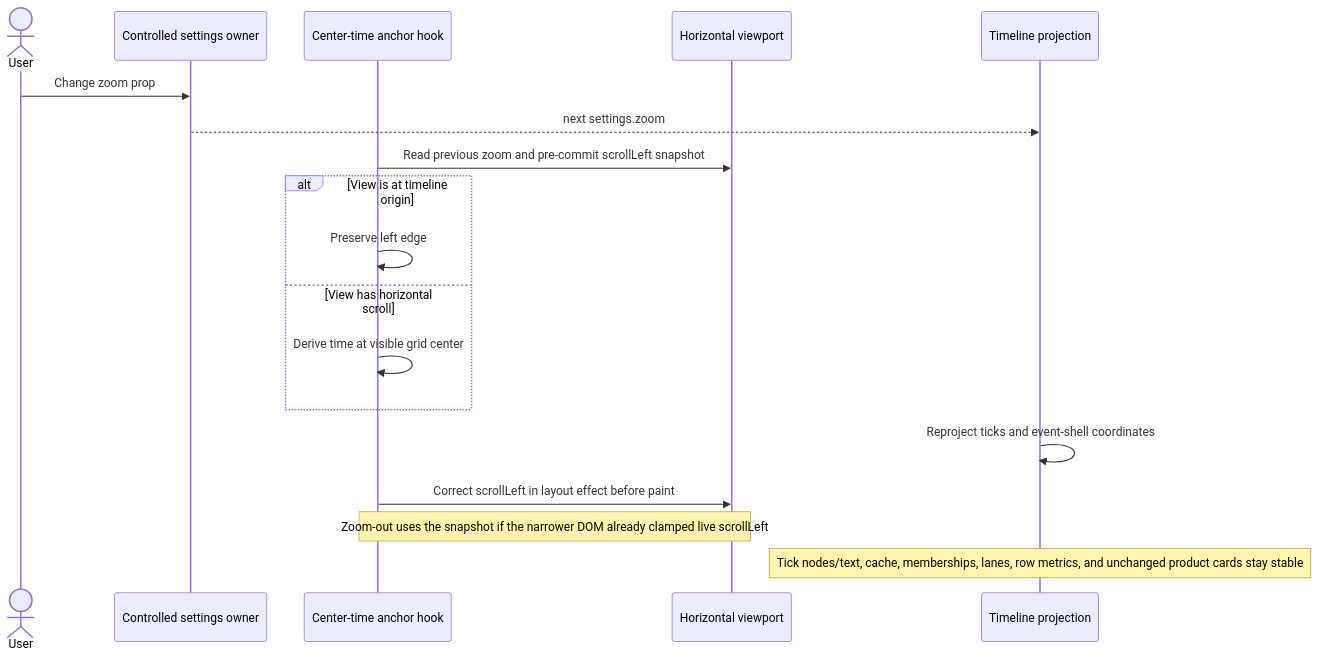
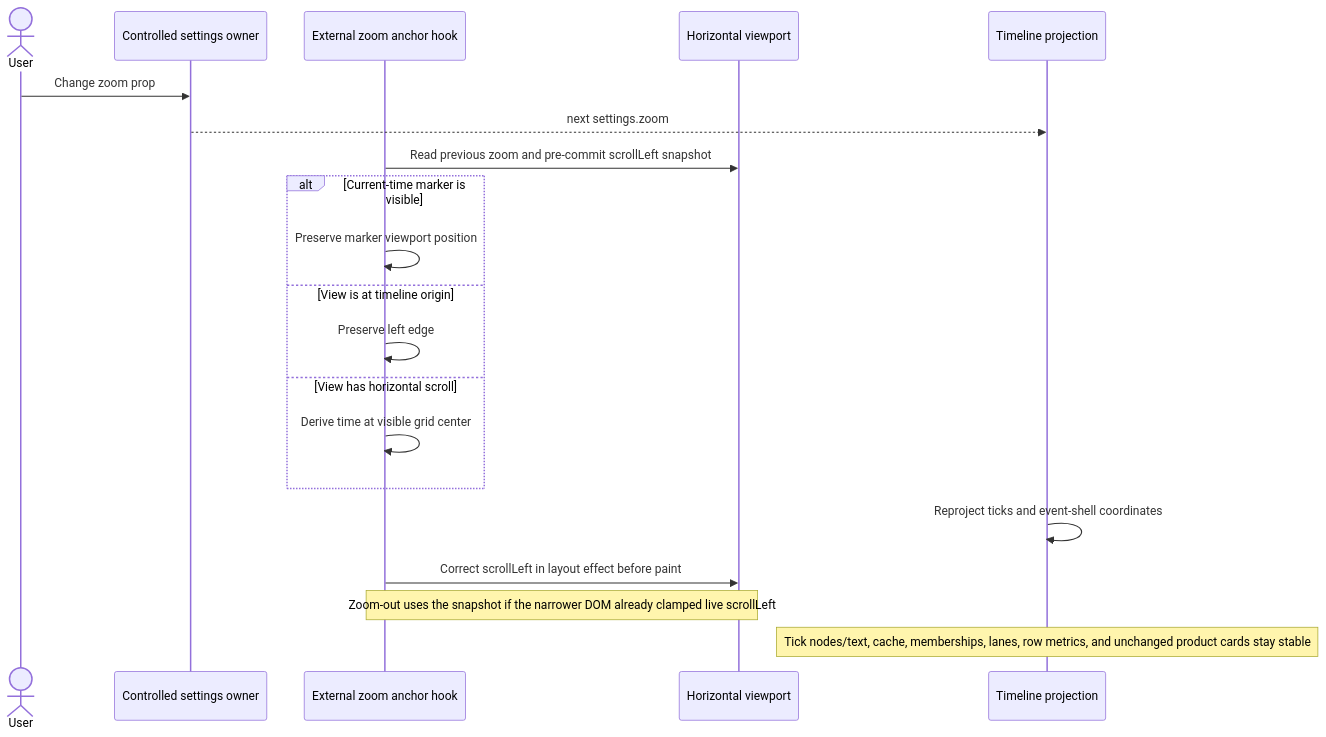
Before and after one commit to junomedical/quno-calendar: the seventh of 9 diagrams in docs/flows/interactions-and-zoom.md, drawn with Mermaid. The commit also changed other lines of this file and 33 other files, not shown here.

````diff
--- a/docs/flows/interactions-and-zoom.md
+++ b/docs/flows/interactions-and-zoom.md
@@ -145,21 +145,23 @@
 ```mermaid
 sequenceDiagram
   actor User
   participant Parent as Controlled settings owner
-  participant Anchor as Center-time anchor hook
+  participant Anchor as External zoom anchor hook
   participant View as Horizontal viewport
   participant Render as Timeline projection
 
   User->>Parent: Change zoom prop
   Parent-->>Render: next settings.zoom
   Anchor->>View: Read previous zoom and pre-commit scrollLeft snapshot
-  alt View is at timeline origin
+  alt Current-time marker is visible
+    Anchor->>Anchor: Preserve marker viewport position
+  else View is at timeline origin
     Anchor->>Anchor: Preserve left edge
   else View has horizontal scroll
     Anchor->>Anchor: Derive time at visible grid center
   end
   Render->>Render: Reproject ticks and event-shell coordinates
   Anchor->>View: Correct scrollLeft in layout effect before paint
   Note over Anchor,View: Zoom-out uses the snapshot if the narrower DOM already clamped live scrollLeft
   Note over Render: Tick nodes/text, cache, memberships, lanes, row metrics, and unchanged product cards stay stable
 ```
````
